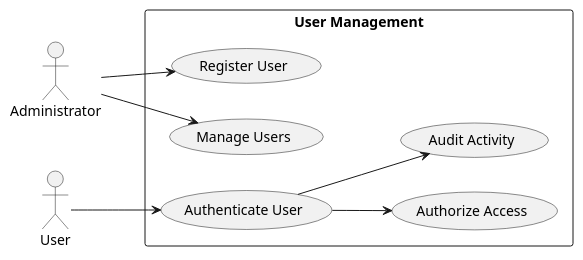
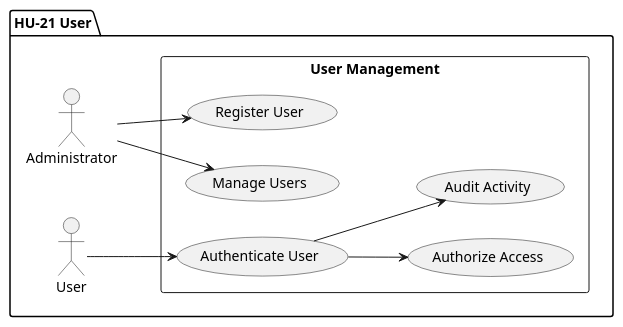
One commit to code-sena/laboratory-2899747 changed the diagram in document/architecture/usecase.wsd. Above: the diagram before and after it, drawn with PlantUML. The commit also changed 1 other file, not shown here.

```diff
--- a/document/architecture/usecase.wsd
+++ b/document/architecture/usecase.wsd
@@ -1,19 +1,23 @@
 @startuml
+
+package "HU-21 User"{
+    
 left to right direction
 actor "Administrator" as Admin
 actor "User" as User
 
 rectangle "User Management" {
     usecase "Register User" as UC1
     usecase "Manage Users" as UC2
     usecase "Authenticate User" as UC3
     usecase "Authorize Access" as UC4
     usecase "Audit Activity" as UC5
 }
 
 Admin --> UC1
 Admin --> UC2
 User --> UC3
 UC3 --> UC4
 UC3 --> UC5
+}
 @enduml
```
